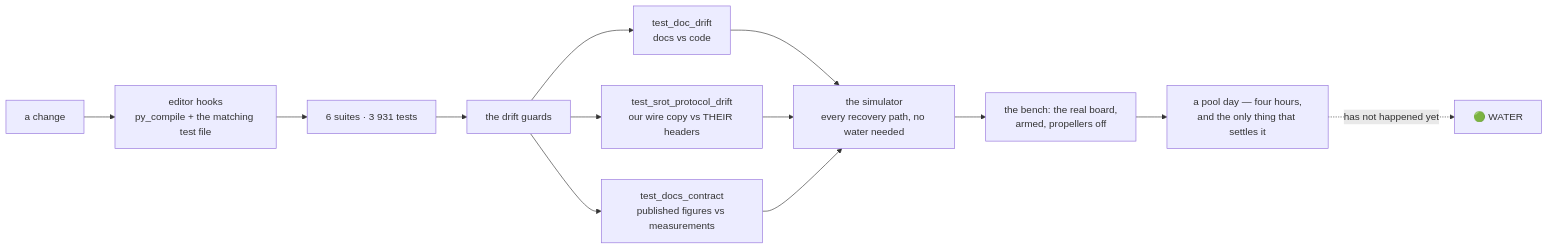
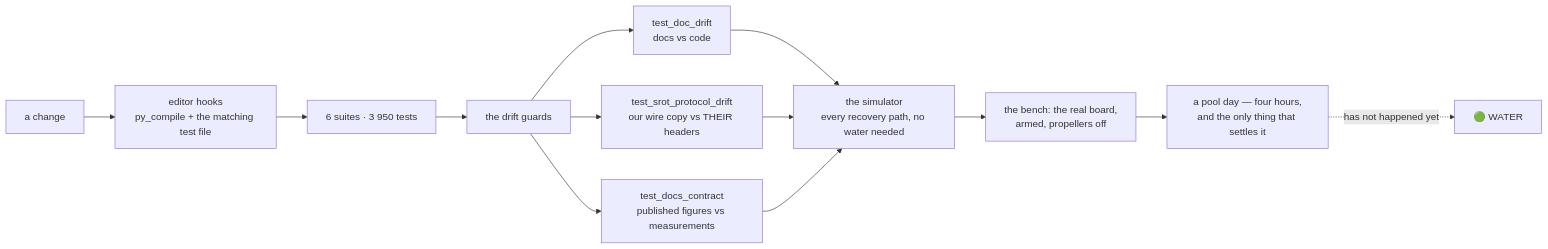
One commit to fh1m/mongla_ws changed the ninth of 10 diagrams in README.md. Above: the diagram before and after it, drawn with Mermaid. The commit also changed other lines of this file and 65 other files, not shown here.

````diff
--- a/README.md
+++ b/README.md
@@ -752,15 +752,15 @@
 ```mermaid
 flowchart LR
     DEV["a change"] --> HOOK["editor hooks<br/>py_compile + the matching test file"]
-    HOOK --> UNIT["6 suites · 3 931 tests"]
+    HOOK --> UNIT["6 suites · 3 950 tests"]
     UNIT --> GUARD["the drift guards"]
     GUARD --> G1["test_doc_drift<br/>docs vs code"]
     GUARD --> G2["test_srot_protocol_drift<br/>our wire copy vs THEIR headers"]
     GUARD --> G3["test_docs_contract<br/>published figures vs measurements"]
     G1 --> SIM["the simulator<br/>every recovery path, no water needed"]
     G2 --> SIM
     G3 --> SIM
     SIM --> BENCH["the bench: the real board,<br/>armed, propellers off"]
     BENCH --> POOL["a pool day — four hours,<br/>and the only thing that settles it"]
     POOL -.->|"has not happened yet"| WATER["🟢 WATER"]
 ```
````
